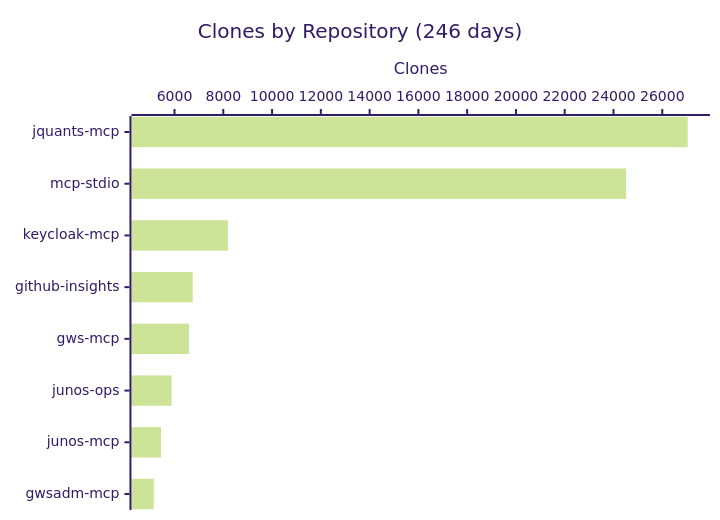
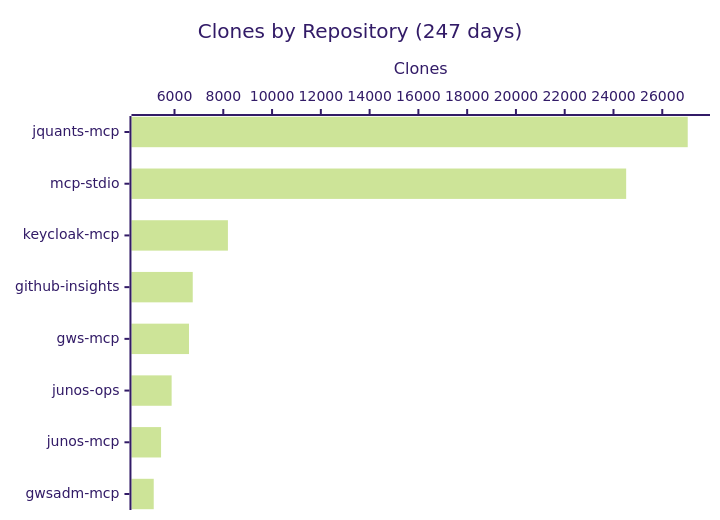
The fourth of 4 diagrams in README.md (shigechika/github-insights), drawn with Mermaid (forest theme) before and after one commit. The commit also changed other lines of this file and 1 other file, not shown here.

````diff
--- a/README.md
+++ b/README.md
@@ -58,7 +58,7 @@
 ```mermaid
 xychart-beta horizontal
-    title "Clones by Repository (246 days)"
+    title "Clones by Repository (247 days)"
     x-axis ["jquants-mcp", "mcp-stdio", "keycloak-mcp", "github-insights", "gws-mcp", "junos-ops", "junos-mcp", "gwsadm-mcp"]
     y-axis "Clones"
     bar [27044, 24520, 8190, 6748, 6594, 5882, 5449, 5148]
 ```
````
